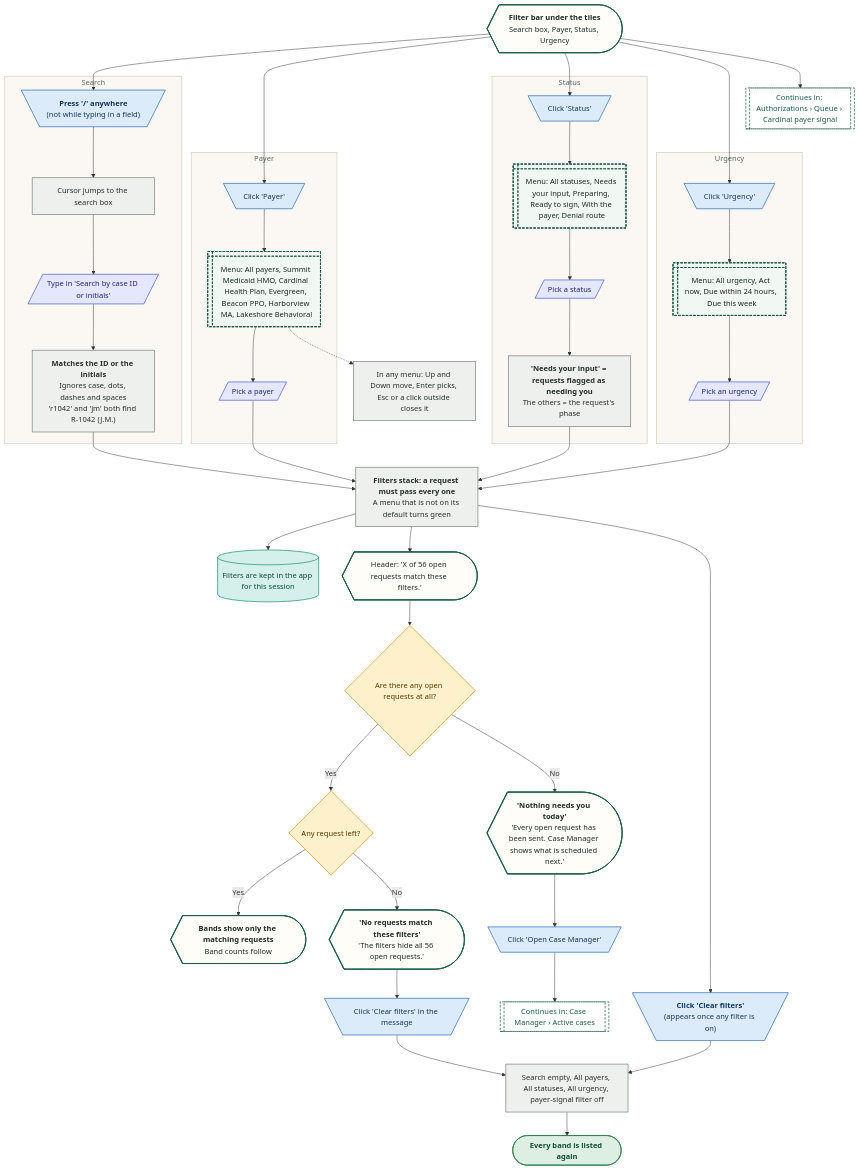
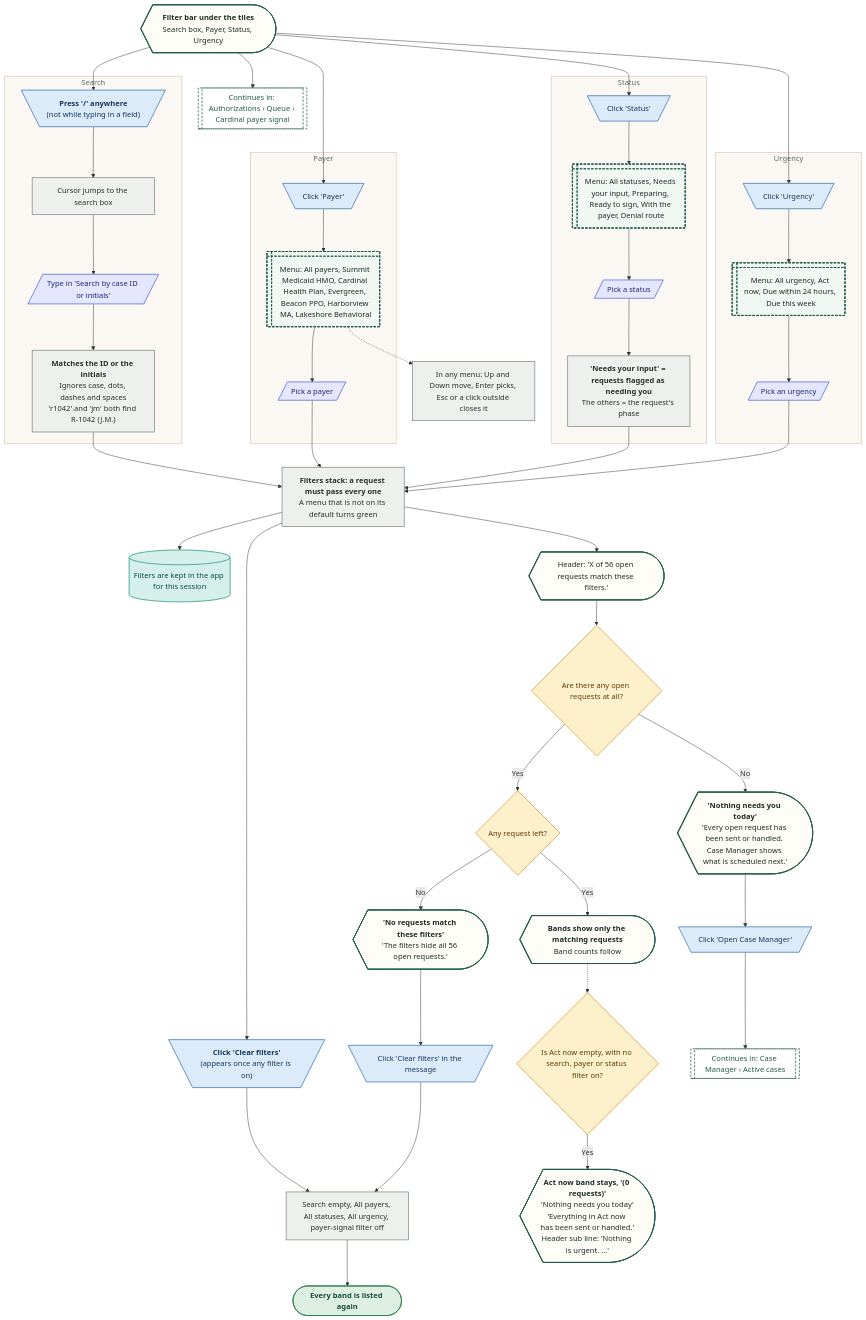
Before and after one commit to Shrav143/psyfloapp: the fourth of 26 diagrams in demos/prior-auth-demo/workflows/out/md/03-authorizations.md, drawn with Mermaid. The commit also changed other lines of this file and 195 other files, not shown here.

First line of the commit message:
docs: Rebuild workflow diagrams after the demo fixes (220 diagrams)

```diff
--- a/demos/prior-auth-demo/workflows/out/md/03-authorizations.md
+++ b/demos/prior-auth-demo/workflows/out/md/03-authorizations.md
@@ -309,7 +315,9 @@
   rs@{ shape: rect, label: "Search empty, All payers, All statuses, All urgency, payer-signal filter off" }
   dOpen@{ shape: diam, label: "Are there any open requests at all?" }
   e1@{ shape: stadium, label: "Every band is listed again" }
-  none@{ shape: curv-trap, label: "<b>'Nothing needs you today'</b><br/>'Every open request has been sent. Case Manager shows what is scheduled next.'" }
+  none@{ shape: curv-trap, label: "<b>'Nothing needs you today'</b><br/>'Every open request has been sent or handled. Case Manager shows what is scheduled next.'" }
+  dNow@{ shape: diam, label: "Is Act now empty, with no search, payer or status filter on?" }
+  nowE@{ shape: curv-trap, label: "<b>Act now band stays, '(0 requests)'</b><br/>'Nothing needs you today'<br/>'Everything in Act now has been sent or handled.'<br/>Header sub line: 'Nothing is urgent. ...'" }
   ocm@{ shape: trap-t, label: "Click 'Open Case Manager'" }
   gCM@{ shape: subproc, label: "Continues in: Case Manager › Active cases" }
   gSig@{ shape: subproc, label: "Continues in: Authorizations › Queue › Cardinal payer signal" }
@@ -329,16 +337,18 @@
   dOpen -->|"Yes"| dAny
   dOpen -->|"No"| none --> ocm --> gCM
   dAny -->|"Yes"| res
+  res -.-> dNow
+  dNow -->|"Yes"| nowE
   dAny -->|"No"| emp --> ce --> rs
   rs --> e1
   fb --> gSig
-  class fb,hd,res,emp,none k_screen
+  class fb,hd,res,emp,none,nowE k_screen
   class sk,p1,st1,u1,clr,ce,ocm k_click
   class sf,sm,st4,kb,ap,rs k_process
   class s1,p3,st3,u3 k_input
   class p2,st2,u2 k_overlay
   class keep k_store
-  class dAny,dOpen k_decision
+  class dAny,dOpen,dNow k_decision
   class e1 k_end
   class gCM,gSig k_goto
   style gS fill:#FBF8F3,stroke:#D9CDBB,stroke-width:1.5px,color:#5B6B63
```
